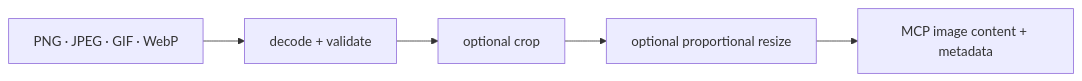
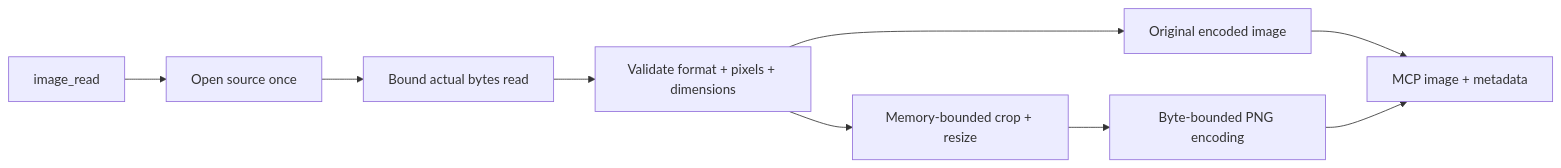
The fifth of 7 diagrams in README.md (hicancan/local-runtime-mcp), drawn with Mermaid before and after one commit. The commit also changed other lines of this file and 65 other files, not shown here.

````diff
--- a/README.md
+++ b/README.md
@@ -193,7 +178,11 @@
 ```mermaid
 flowchart LR
-    FILE[PNG · JPEG · GIF · WebP] --> VALIDATE[decode + validate]
-    VALIDATE --> CROP[optional crop]
-    CROP --> SCALE[optional proportional resize]
-    SCALE --> RESULT[MCP image content + metadata]
+    Read[image_read] --> Open[Open source once]
+    Open --> Bytes[Bound actual bytes read]
+    Bytes --> Header[Validate format + pixels + dimensions]
+    Header --> Original[Original encoded image]
+    Header --> Transform[Memory-bounded crop + resize]
+    Transform --> Encode[Byte-bounded PNG encoding]
+    Original --> Result[MCP image + metadata]
+    Encode --> Result
 ```
````
